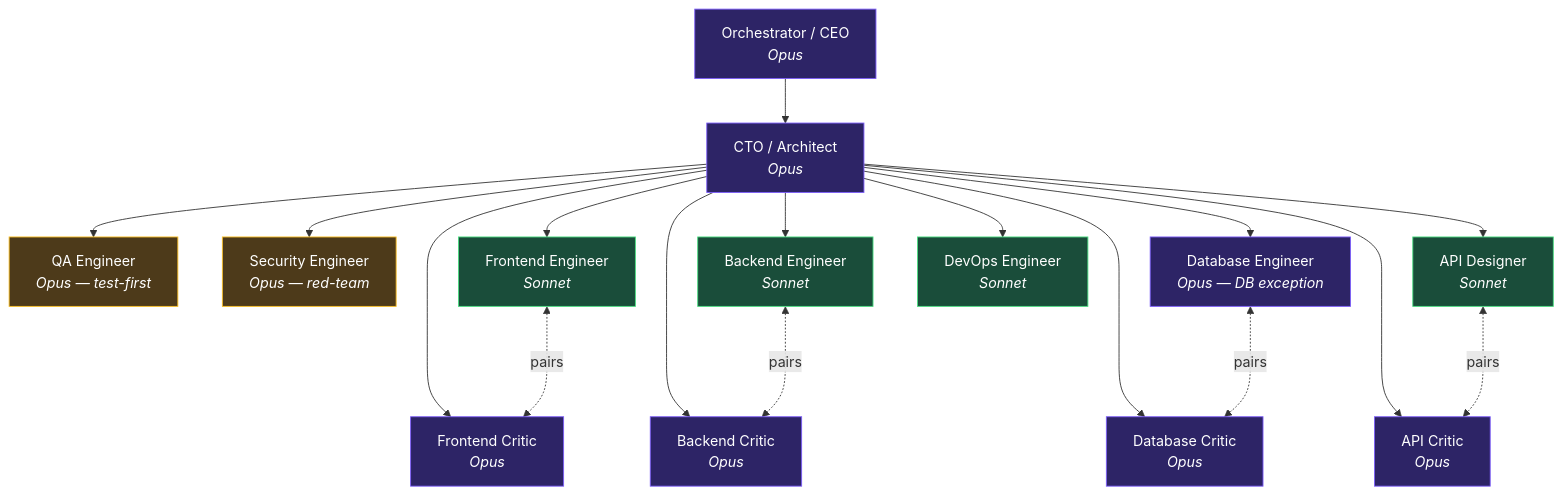
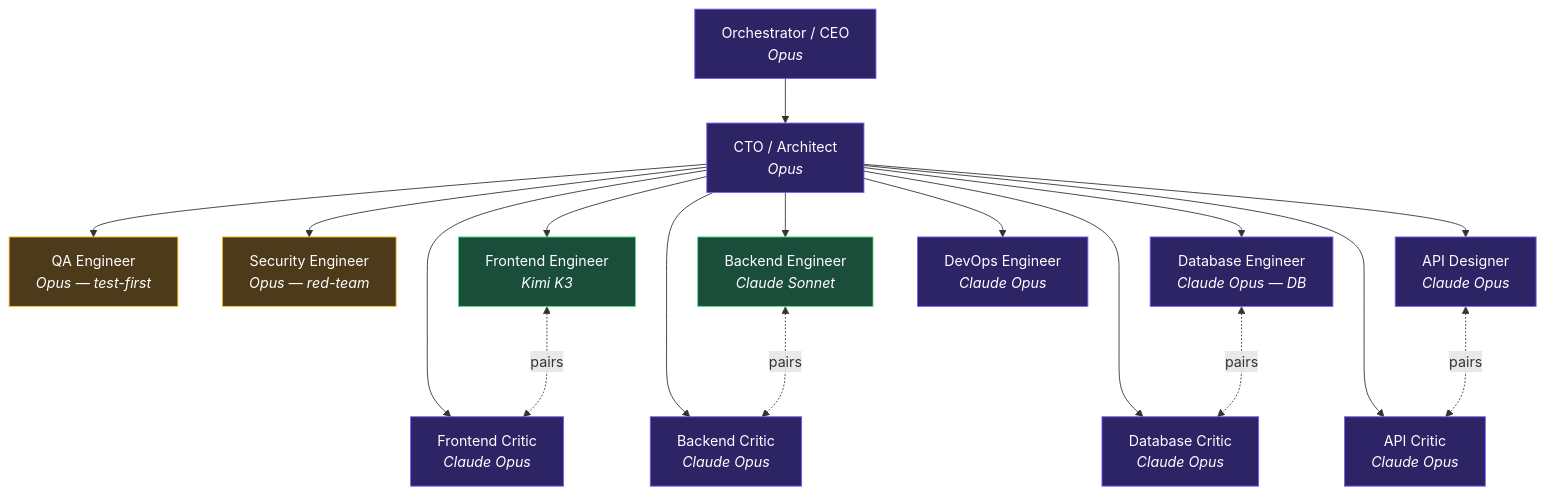
The diagram in docs/org-chart.md (Arlencho/dev-agents), drawn with Mermaid before and after one commit. The commit also changed other lines of this file and 12 other files, not shown here.

````diff
--- a/docs/org-chart.md
+++ b/docs/org-chart.md
@@ -10,40 +10,40 @@
 ```mermaid
 graph TD
     classDef opus fill:#2d2466,stroke:#7c5dfa,color:#fff
     classDef sonnet fill:#1a4d3a,stroke:#4ade80,color:#fff
     classDef oversight fill:#4d3a1a,stroke:#fbbf24,color:#fff
 
     CEO["Orchestrator / CEO<br/><i>Opus</i>"]:::opus
     CTO["CTO / Architect<br/><i>Opus</i>"]:::opus
     CEO --> CTO
 
     QA["QA Engineer<br/><i>Opus — test-first</i>"]:::oversight
     SEC["Security Engineer<br/><i>Opus — red-team</i>"]:::oversight
     CTO --> QA
     CTO --> SEC
 
-    FE["Frontend Engineer<br/><i>Sonnet</i>"]:::sonnet
-    FEC["Frontend Critic<br/><i>Opus</i>"]:::opus
-    BE["Backend Engineer<br/><i>Sonnet</i>"]:::sonnet
-    BEC["Backend Critic<br/><i>Opus</i>"]:::opus
-    DB["Database Engineer<br/><i>Opus — DB exception</i>"]:::opus
-    DBC["Database Critic<br/><i>Opus</i>"]:::opus
-    API["API Designer<br/><i>Sonnet</i>"]:::sonnet
-    APIC["API Critic<br/><i>Opus</i>"]:::opus
-    DEVOPS["DevOps Engineer<br/><i>Sonnet</i>"]:::sonnet
+    FE["Frontend Engineer<br/><i>Kimi K3</i>"]:::sonnet
+    FEC["Frontend Critic<br/><i>Claude Opus</i>"]:::opus
+    BE["Backend Engineer<br/><i>Claude Sonnet</i>"]:::sonnet
+    BEC["Backend Critic<br/><i>Claude Opus</i>"]:::opus
+    DB["Database Engineer<br/><i>Claude Opus — DB</i>"]:::opus
+    DBC["Database Critic<br/><i>Claude Opus</i>"]:::opus
+    API["API Designer<br/><i>Claude Opus</i>"]:::opus
+    APIC["API Critic<br/><i>Claude Opus</i>"]:::opus
+    DEVOPS["DevOps Engineer<br/><i>Claude Opus</i>"]:::opus
 
     CTO --> FE
     CTO --> FEC
     CTO --> BE
     CTO --> BEC
     CTO --> DB
     CTO --> DBC
     CTO --> API
     CTO --> APIC
     CTO --> DEVOPS
 
     FE <-..->|pairs| FEC
     BE <-..->|pairs| BEC
     DB <-..->|pairs| DBC
     API <-..->|pairs| APIC
 ```
````
